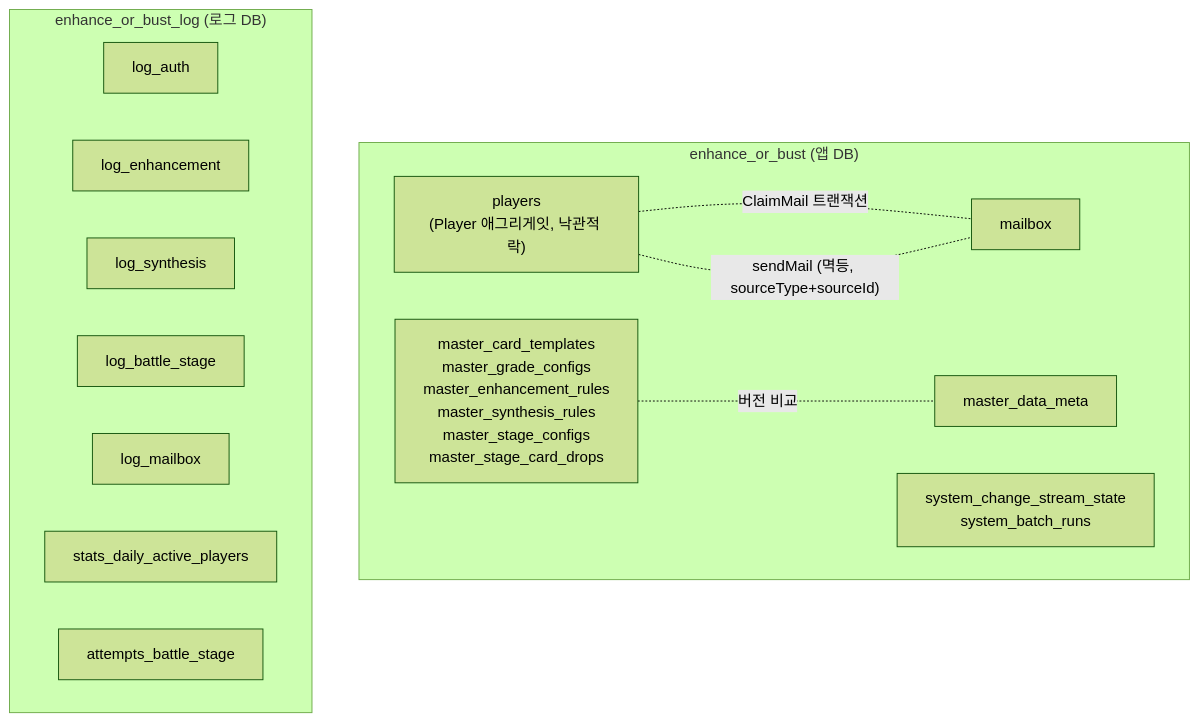
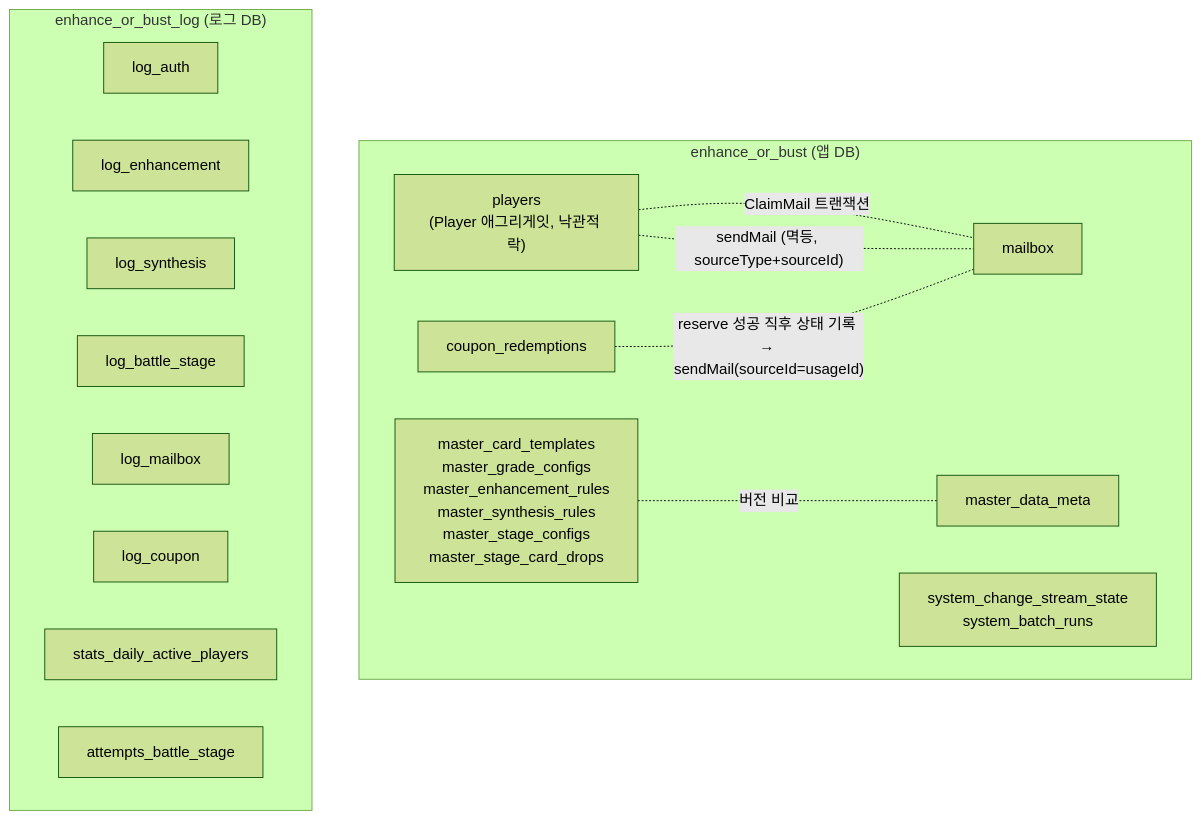
The diagram in docs/04_DATA_MODEL.md (trisakion0500/enhance-or-bust), drawn with Mermaid (forest theme) before and after one commit. The commit also changed other lines of this file and 4 other files, not shown here.

````diff
--- a/docs/04_DATA_MODEL.md
+++ b/docs/04_DATA_MODEL.md
@@ -12,23 +12,26 @@
 ```mermaid
 graph TB
     subgraph "enhance_or_bust (앱 DB)"
         players["players\n(Player 애그리게잇, 낙관적 락)"]
         mailbox["mailbox"]
+        couponRedemptions["coupon_redemptions"]
         masterData["master_card_templates\nmaster_grade_configs\nmaster_enhancement_rules\nmaster_synthesis_rules\nmaster_stage_configs\nmaster_stage_card_drops"]
         masterMeta["master_data_meta"]
         systemState["system_change_stream_state\nsystem_batch_runs"]
     end
     subgraph "enhance_or_bust_log (로그 DB)"
         logAuth["log_auth"]
         logEnh["log_enhancement"]
         logSyn["log_synthesis"]
         logBattle["log_battle_stage"]
         logMail["log_mailbox"]
+        logCoupon["log_coupon"]
         stats["stats_daily_active_players"]
         attempts["attempts_battle_stage"]
     end
 
     players -. "ClaimMail 트랜잭션" .- mailbox
     players -. "sendMail (멱등, sourceType+sourceId)" .- mailbox
+    couponRedemptions -. "reserve 성공 직후 상태 기록 → sendMail(sourceId=usageId)" .- mailbox
     masterData -. "버전 비교" .- masterMeta
 ```
````
